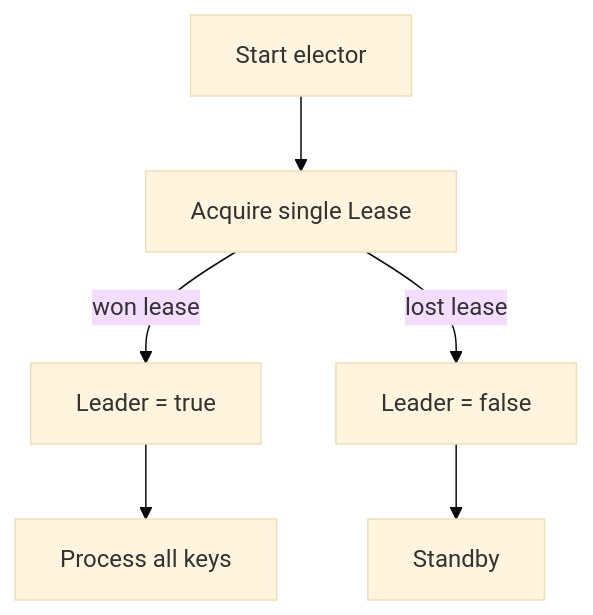
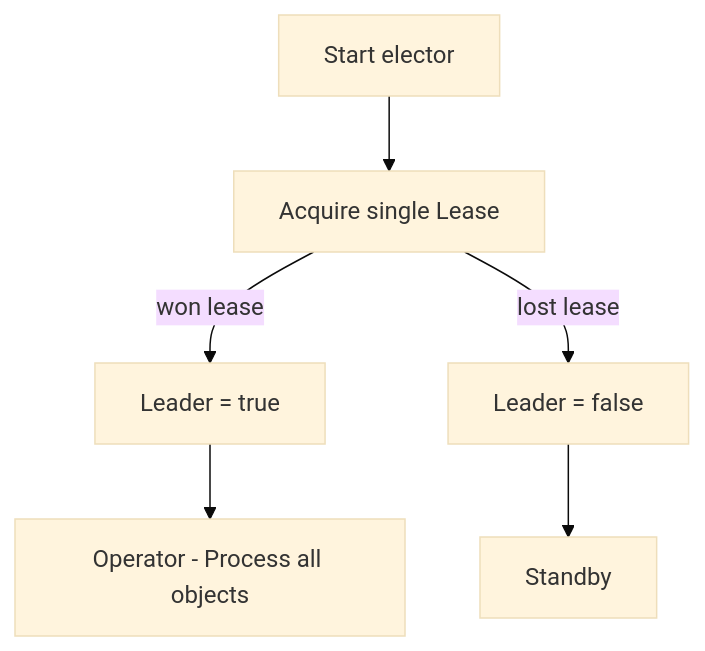
One commit to sanketsudake/k8s-operator-leader-election changed the first of 3 diagrams in README.md. Above: the diagram before and after it, drawn with Mermaid (base theme). The commit also changed other lines of this file, not shown here.

Commit message:
Add more info in diagram

````diff
--- a/README.md
+++ b/README.md
@@ -14,8 +14,8 @@
 ```mermaid
 flowchart TD
     A[Start elector] --> B[Acquire single Lease]
     B -->|won lease| C[Leader = true]
     B -->|lost lease| D[Leader = false]
-    C --> E[Process all keys]
+    C --> E[Operator - Process all objects]
     D --> F[Standby]
 ```
````
